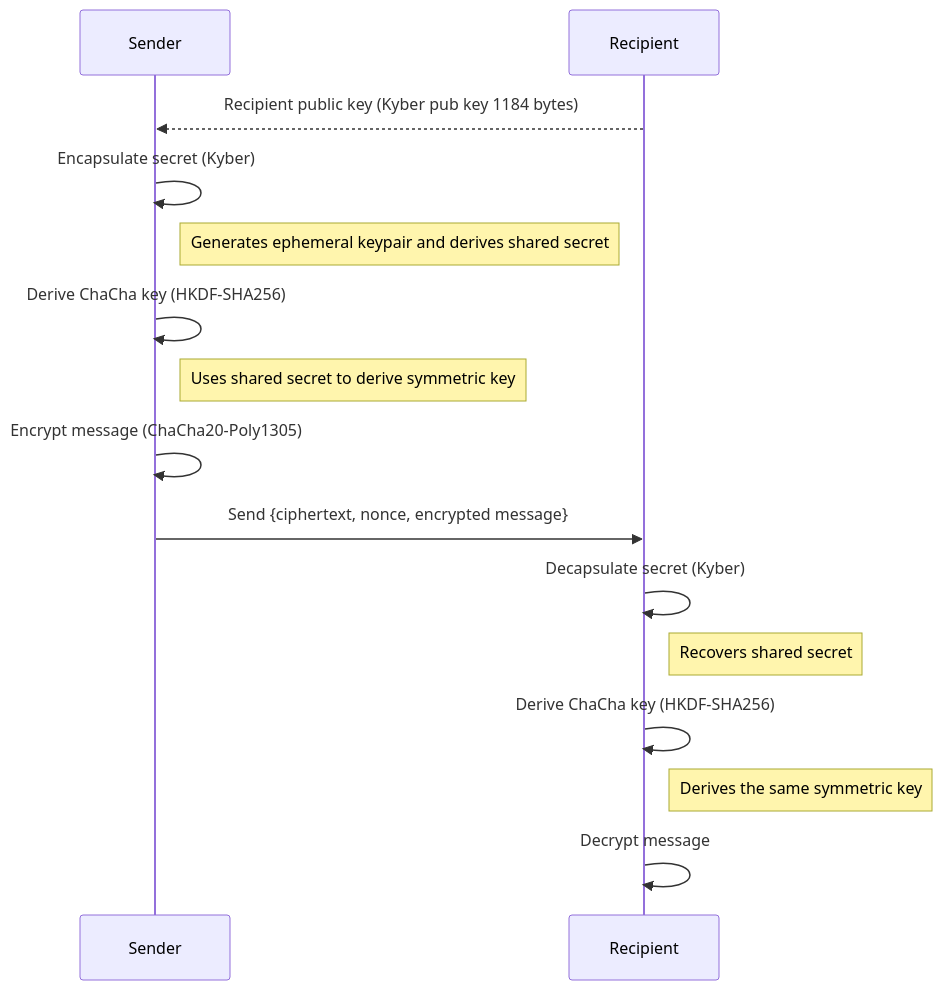
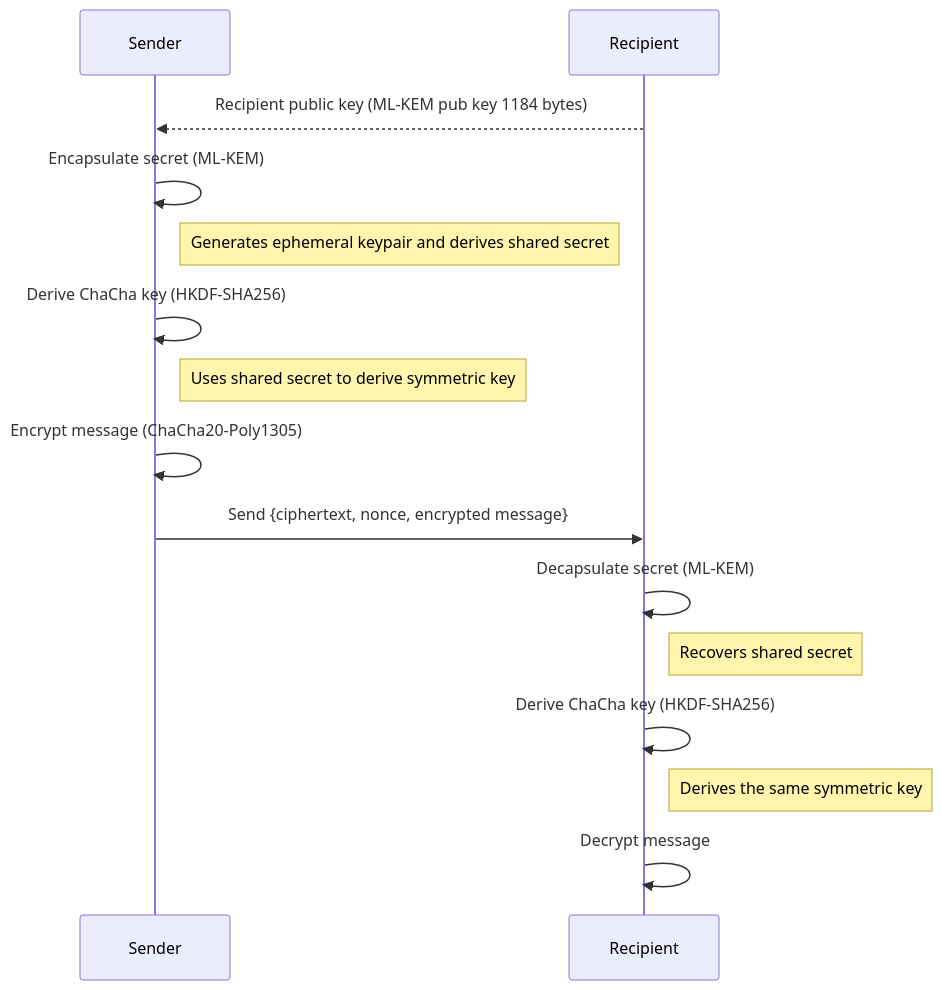
One commit to Nichokas/kychacha_crypto changed the diagram in README.md. Above: the diagram before and after it, drawn with Mermaid. The commit also changed other lines of this file, not shown here.

````diff
--- a/README.md
+++ b/README.md
@@ -16,21 +16,21 @@
 ```mermaid
 sequenceDiagram
     participant Sender
     participant Recipient
 
-    Recipient-->>Sender: Recipient public key (Kyber pub key 1184 bytes)
+    Recipient-->>Sender: Recipient public key (ML-KEM pub key 1184 bytes)
     
-    Sender->>Sender: Encapsulate secret (Kyber)
+    Sender->>Sender: Encapsulate secret (ML-KEM)
     Note right of Sender: Generates ephemeral keypair and derives shared secret
     Sender->>Sender: Derive ChaCha key (HKDF-SHA256)
     Note right of Sender: Uses shared secret to derive symmetric key
     Sender->>Sender: Encrypt message (ChaCha20-Poly1305)
     
     Sender->>Recipient: Send {ciphertext, nonce, encrypted message}
     
-    Recipient->>Recipient: Decapsulate secret (Kyber)
+    Recipient->>Recipient: Decapsulate secret (ML-KEM)
     Note right of Recipient: Recovers shared secret
     Recipient->>Recipient: Derive ChaCha key (HKDF-SHA256)
     Note right of Recipient: Derives the same symmetric key
     Recipient->>Recipient: Decrypt message
 ```
````
